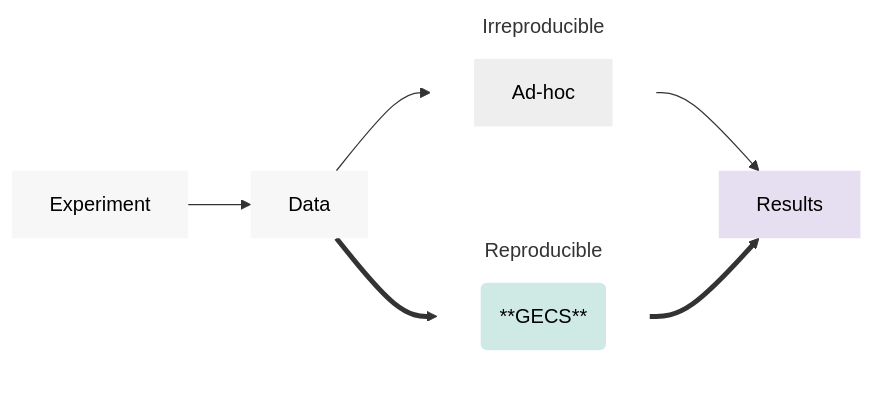
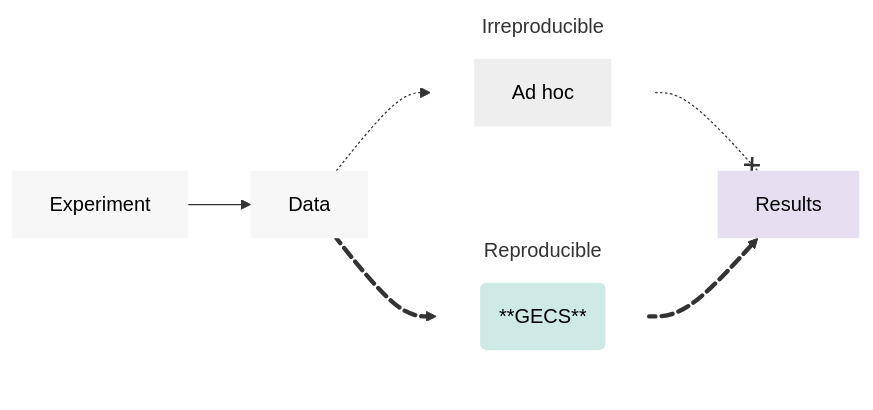
One commit to igorsdub/gecs changed the diagram in index.qmd. Above: the diagram before and after it, drawn with Mermaid.

Commit message:
animate flowchart

````diff
--- a/index.qmd
+++ b/index.qmd
@@ -5,42 +5,40 @@
 ```{mermaid}
 flowchart LR
 A[Experiment] --> B[Data]
 
 %% Parallel paths (layout only)
 subgraph Reproducible
 direction TB
 C(**GECS**)
 end
 
 subgraph Irreproducible
 direction TB
-E[Ad-hoc]
+E[Ad hoc]
 end
 
-B --> C
-B --> E
+B edge1@==> C
+edge1@{ animate: slow }
+C edge2@==> G[Results]
+edge2@{ animate: slow }
 
-C --> G[Results]
-E --> G
-
-%% Emphasize GECS edges
-linkStyle 1 stroke-width:4px
-linkStyle 3 stroke-width:4px
+B -.-> E
+E -.-x G
 
 %% Node styles
 classDef gecs fill:#cfe9e5,stroke:transparent,color:#000
 classDef adhoc fill:#eeeeee,stroke:transparent,color:#000
 classDef neutral fill:#f7f7f7,stroke:transparent,color:#000
 classDef results fill:#e6dff1,stroke:transparent,color:#000
 
 %% Apply styles
 class C gecs
 class E adhoc
 class A,B neutral
 class G results
 
 %% Make subgraphs invisible
 style Reproducible fill:transparent,stroke-width:0px
 style Irreproducible fill:transparent,stroke-width:0px
 
 ```
````
